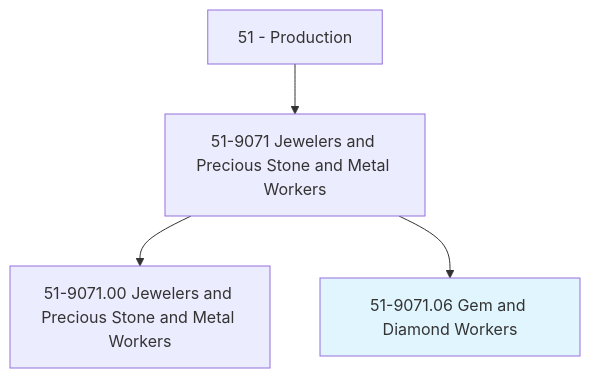
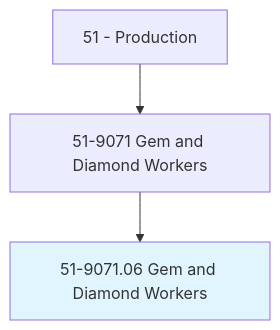
Before and after one commit to kziemski/business.org.ai: the first of 4 diagrams in occupations/Production/GemAndDiamondWorkers.mdx, drawn with Mermaid. The commit also changed other lines of this file and 938 other files, not shown here.

````diff
--- a/occupations/Production/GemAndDiamondWorkers.mdx
+++ b/occupations/Production/GemAndDiamondWorkers.mdx
@@ -19,7 +23,6 @@
 ```mermaid
 graph TD
-    Cat51["51 - Production"] --> Group519071["51-9071 Jewelers and Precious Stone and Metal Workers"]
-    Group519071 --> Base["51-9071.00 Jewelers and Precious Stone and Metal Workers"]
+    Cat51["51 - Production"] --> Group519071["51-9071 Gem and Diamond Workers"]
     Group519071 --> Current["51-9071.06 Gem and Diamond Workers"]
     style Current fill:#e1f5fe
 ```
````
